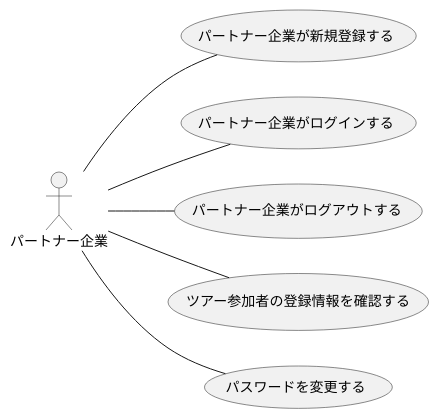
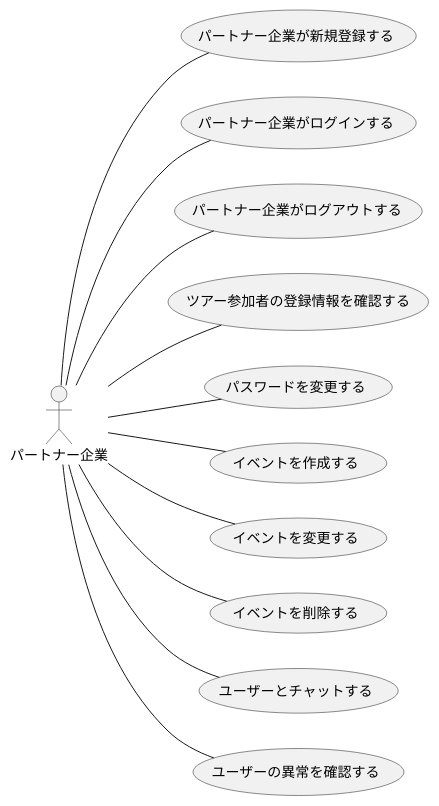
The diagram in F_usecase_client.plantuml (ksw2270227/GroupF), drawn with PlantUML before and after one commit. The commit also changed other lines of this file and 4 other files, not shown here.

```diff
--- a/F_usecase_client.plantuml
+++ b/F_usecase_client.plantuml
@@ -1,10 +1,15 @@
-@startuml パートナー企業_usecase(1)
+@startuml パートナー企業_usecase11/30
 left to right direction
 actor パートナー企業
 
 パートナー企業 -- (パートナー企業が新規登録する)
 パートナー企業 -- (パートナー企業がログインする)
 パートナー企業 -- (パートナー企業がログアウトする)
 パートナー企業 -- (ツアー参加者の登録情報を確認する)
 パートナー企業 -- (パスワードを変更する)
+パートナー企業 -- (イベントを作成する)
+パートナー企業 -- (イベントを変更する)
+パートナー企業 -- (イベントを削除する)
+パートナー企業 -- (ユーザーとチャットする)
+パートナー企業 -- (ユーザーの異常を確認する)
 @enduml
```
